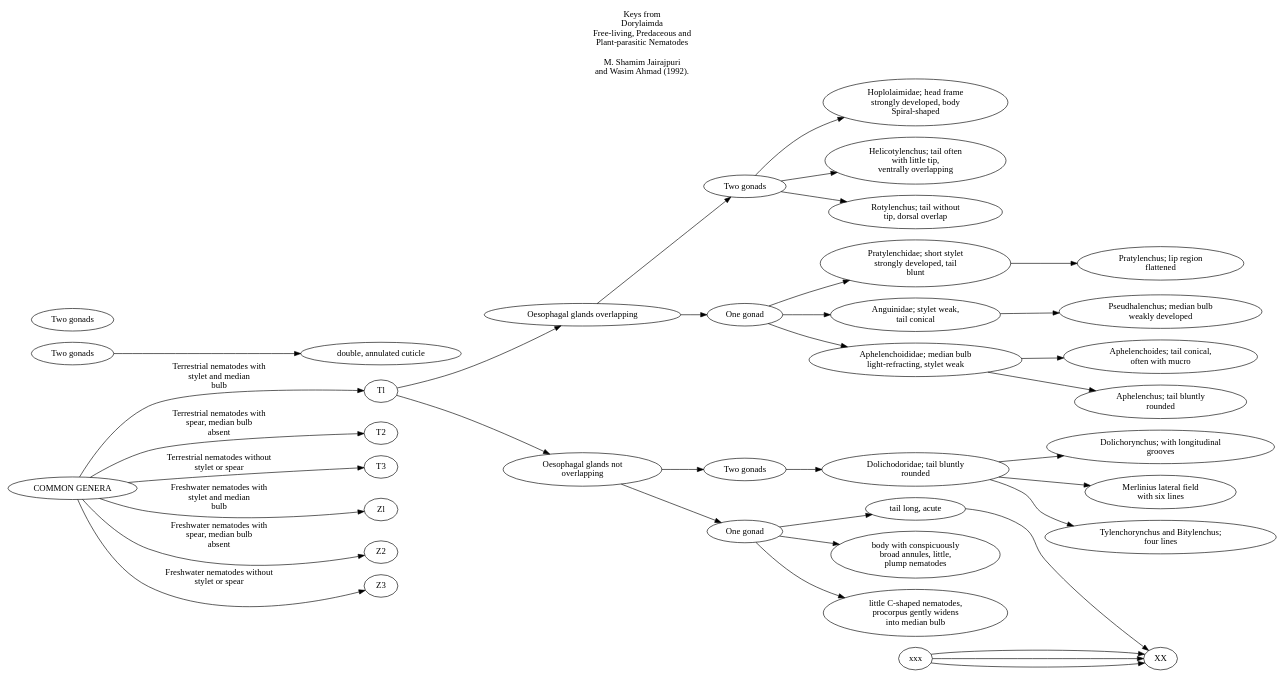
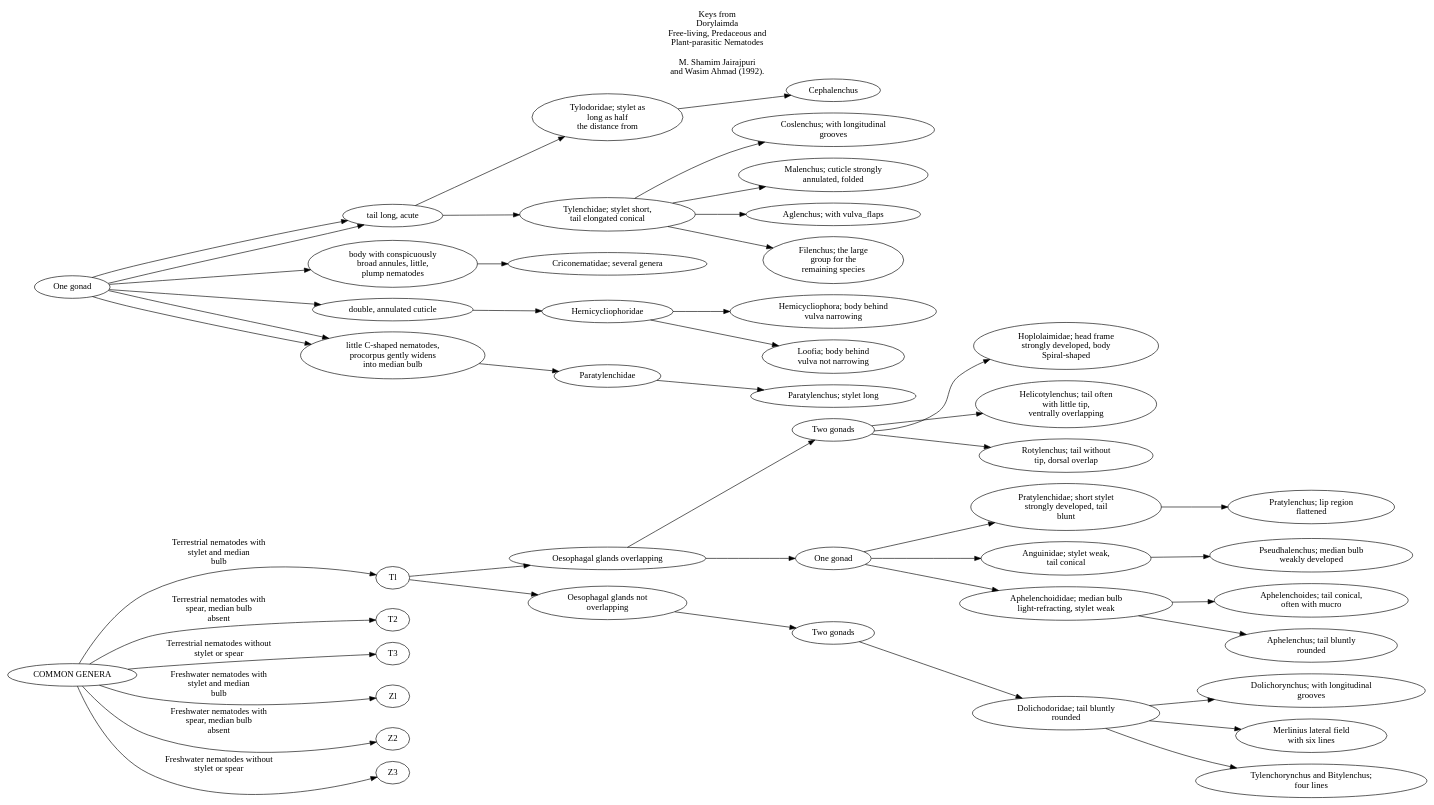
One commit to lperepol/WKW changed the diagram in public_html/Identification_Keys/Python/TomBongers/First/NematodaKey.gv. Above: the diagram before and after it, drawn with Graphviz. The commit also changed 44 other files, not shown here.

```diff
--- a/public_html/Identification_Keys/Python/TomBongers/First/NematodaKey.gv
+++ b/public_html/Identification_Keys/Python/TomBongers/First/NematodaKey.gv
@@ -35,19 +35,22 @@
  -> "Oesophagal glands overlapping
 " [label=""]
 	"Oesophagal glands overlapping
-" -> "Two gonads
+" -> "Two gonads5
 " [label=""]
-	"Two gonads
+	"Two gonads5
+" [label="Two gonads
+"]
+	"Two gonads5
 " -> "Hoplolaimidae; head frame
 strongly developed, body
 Spiral-shaped
 " [label=""]
-	"Two gonads
+	"Two gonads5
 " -> "Helicotylenchus; tail often
 with little tip,
 ventrally overlapping
 " [label=""]
-	"Two gonads
+	"Two gonads5
 " -> "Rotylenchus; tail without
 tip, dorsal overlap
 " [label=""]
@@ -121,42 +124,89 @@
 " -> "Tylenchorynchus and Bitylenchus;
 four lines
 " [label=""]
-	"Oesophagal glands not
-overlapping
-" -> "One gonad
-" [label=""]
-	"One gonad
+	"One gonad3
+" [label="One gonad
+"]
+	"One gonad3
 " -> "tail long, acute
 " [label=""]
 	"tail long, acute
-" -> XX
+" -> "Tylodoridae; stylet as
+long as half
+the distance from
+" [label=""]
+	"Tylodoridae; stylet as
+long as half
+the distance from
+" -> Cephalenchus
  [label=""]
-	xxx
- -> XX
- [label=""]
-	xxx
- -> XX
- [label=""]
-	xxx
- -> XX
- [label=""]
-	"One gonad
+	"One gonad3
+" -> "tail long, acute
+" [label=""]
+	"tail long, acute
+" -> "Tylenchidae; stylet short,
+tail elongated conical
+" [label=""]
+	"Tylenchidae; stylet short,
+tail elongated conical
+" -> "Coslenchus; with longitudinal
+grooves
+" [label=""]
+	"Tylenchidae; stylet short,
+tail elongated conical
+" -> "Malenchus; cuticle strongly
+annulated, folded
+" [label=""]
+	"Tylenchidae; stylet short,
+tail elongated conical
+" -> "Aglenchus; with vulva_flaps
+" [label=""]
+	"Tylenchidae; stylet short,
+tail elongated conical
+" -> "Filenchus; the large
+group for the
+remaining species
+" [label=""]
+	"One gonad3
 " -> "body with conspicuously
 broad annules, little,
 plump nematodes
 " [label=""]
-	"One gonad2
-" [label="Two gonads
-"]
-	"Two gonads2
-" [label="Two gonads
-"]
-	"One gonad2
+	"body with conspicuously
+broad annules, little,
+plump nematodes
+" -> "Criconematidae; several genera
+" [label=""]
+	"One gonad3
 " -> "double, annulated cuticle
 " [label=""]
-	"One gonad
+	"double, annulated cuticle
+" -> Hernicycliophoridae
+ [label=""]
+	Hernicycliophoridae
+ -> "Hemicycliophora; body behind
+vulva narrowing
+" [label=""]
+	Hernicycliophoridae
+ -> "Loofia; body behind
+vulva not narrowing
+" [label=""]
+	"One gonad3
 " -> "little C-shaped nematodes,
 procorpus gently widens
 into median bulb
 " [label=""]
+	"One gonad3
+" -> "little C-shaped nematodes,
+procorpus gently widens
+into median bulb
+" [label=""]
+	"little C-shaped nematodes,
+procorpus gently widens
+into median bulb
+" -> Paratylenchidae
+ [label=""]
+	Paratylenchidae
+ -> "Paratylenchus; stylet long
+" [label=""]
 }
```
